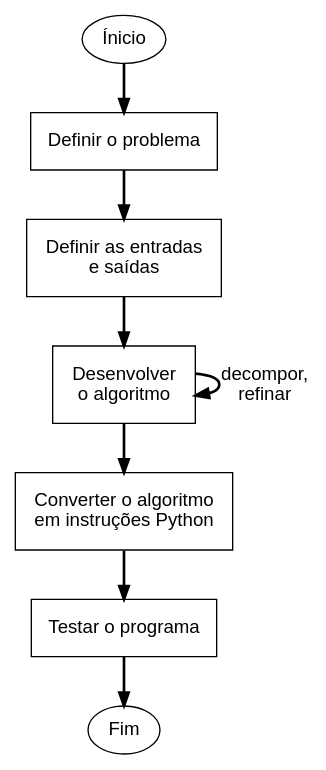
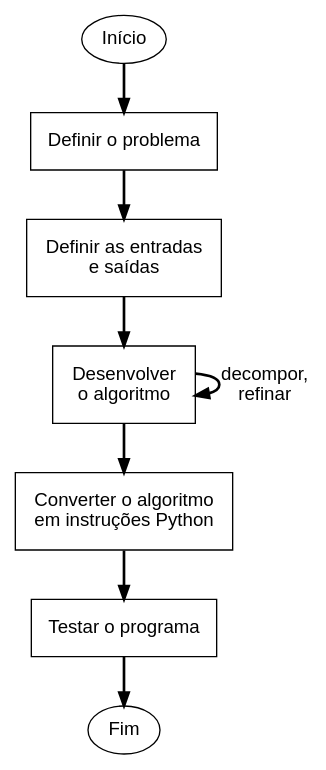
Before and after one commit to LucianoJacinto/Graphviz-templates: the diagram in fluxograma_2.gv, drawn with Graphviz.

```diff
--- a/fluxograma_2.gv
+++ b/fluxograma_2.gv
@@ -1,19 +1,19 @@
 digraph {
     
     // Nós
     node [fontname=Arial, shape=ellipse]
-    i [label="Ínicio"]
+    i [label="Início"]
     f [label="Fim"]
 
     node [shape=box, margin=0.2]
     1 [label="Definir o problema"]
     2 [label="Definir as entradas \n e saídas"]
     3 [label="Desenvolver \n o algoritmo"]
     4 [label="Converter o algoritmo \n em instruções Python"]
     5 [label="Testar o programa"]
 
     // Ligações
     edge [fontname=Arial, penwidth=2]
     i -> 1 -> 2 -> 3 -> 4 -> 5 -> f
     3 -> 3 [label="decompor, \n refinar"]
 }
```
